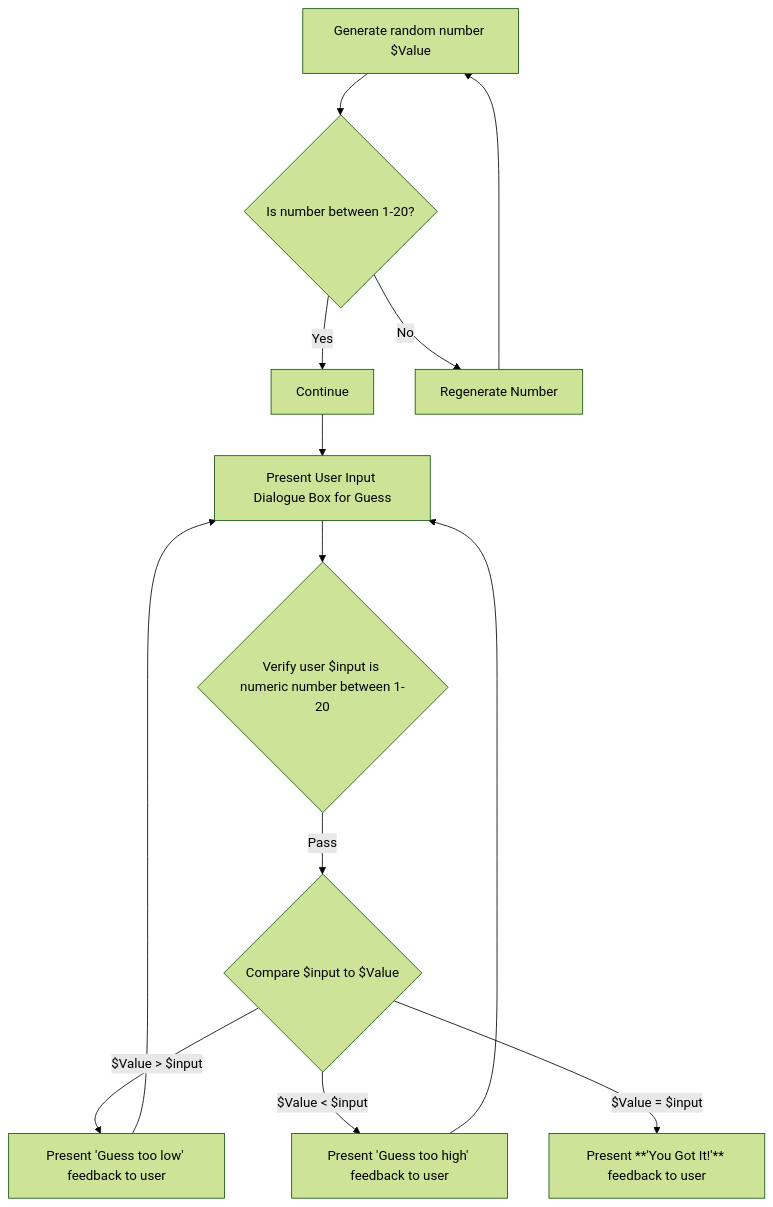
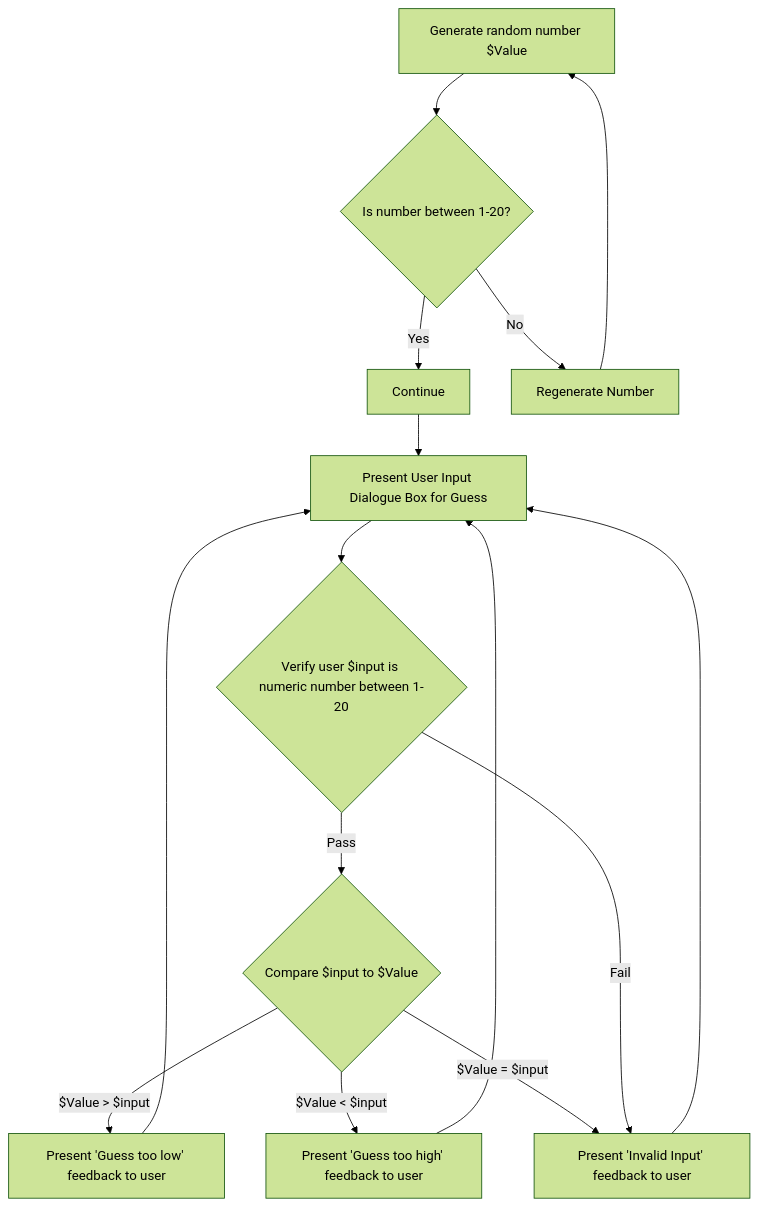
Before and after one commit to JayS-CK/JayS-CK.github.io: the diagram in NumberGuessingGame.md, drawn with Mermaid (forest theme).

````diff
--- a/NumberGuessingGame.md
+++ b/NumberGuessingGame.md
@@ -1,15 +1,17 @@
 ```mermaid
 flowchart TD
 A[Generate random number $Value] --> B{Is number between 1-20?}
 B --> |Yes| C[Continue]
 B --> |No| D[Regenerate Number]
 D --> A
 C --> E[Present User Input Dialogue Box for Guess]
 E --> F{Verify user $input is numeric number between 1-20}
 F --> |Pass| G{Compare $input to $Value}
 G --> |$Value > $input| H[Present 'Guess too low' feedback to user]
 G --> |$Value < $input| I[Present 'Guess too high' feedback to user]
 G --> |$Value = $input| J[Present **'You Got It!'** feedback to user]
 H --> E
 I --> E
+F --> |Fail| J[Present 'Invalid Input' feedback to user]
+J --> E
 ```
````
